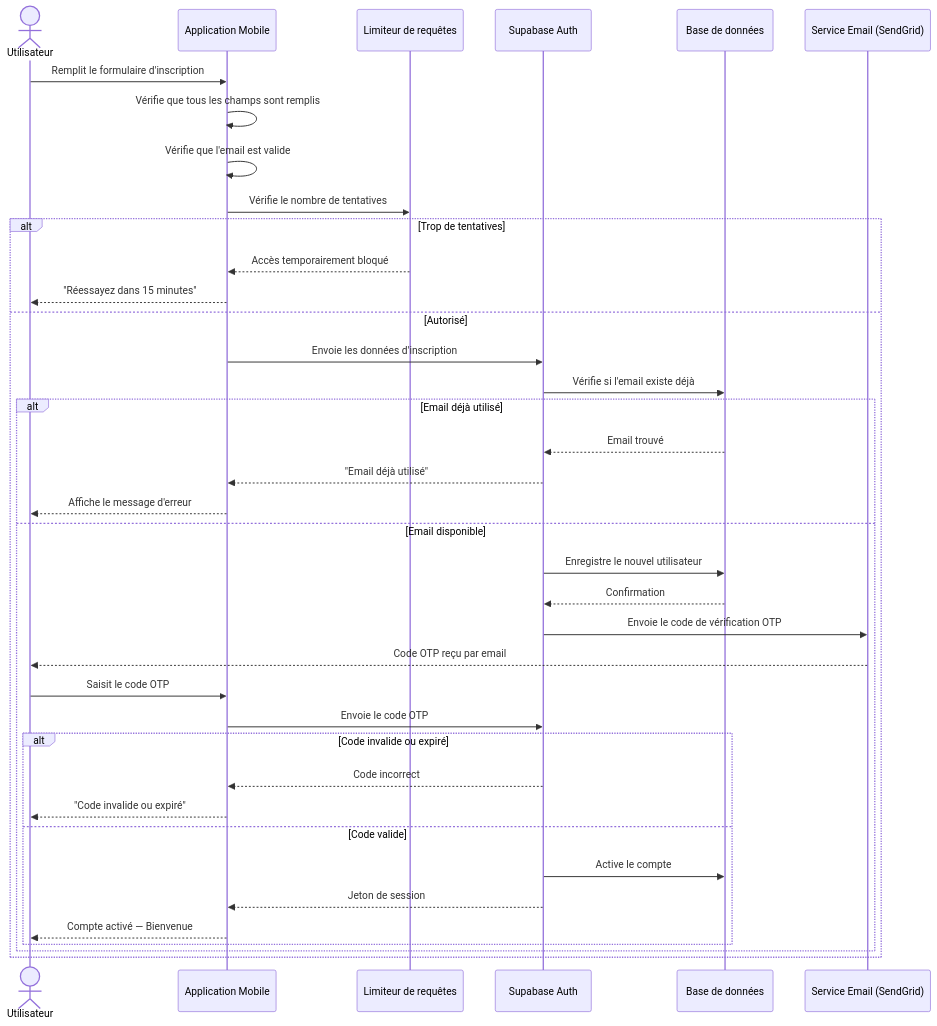
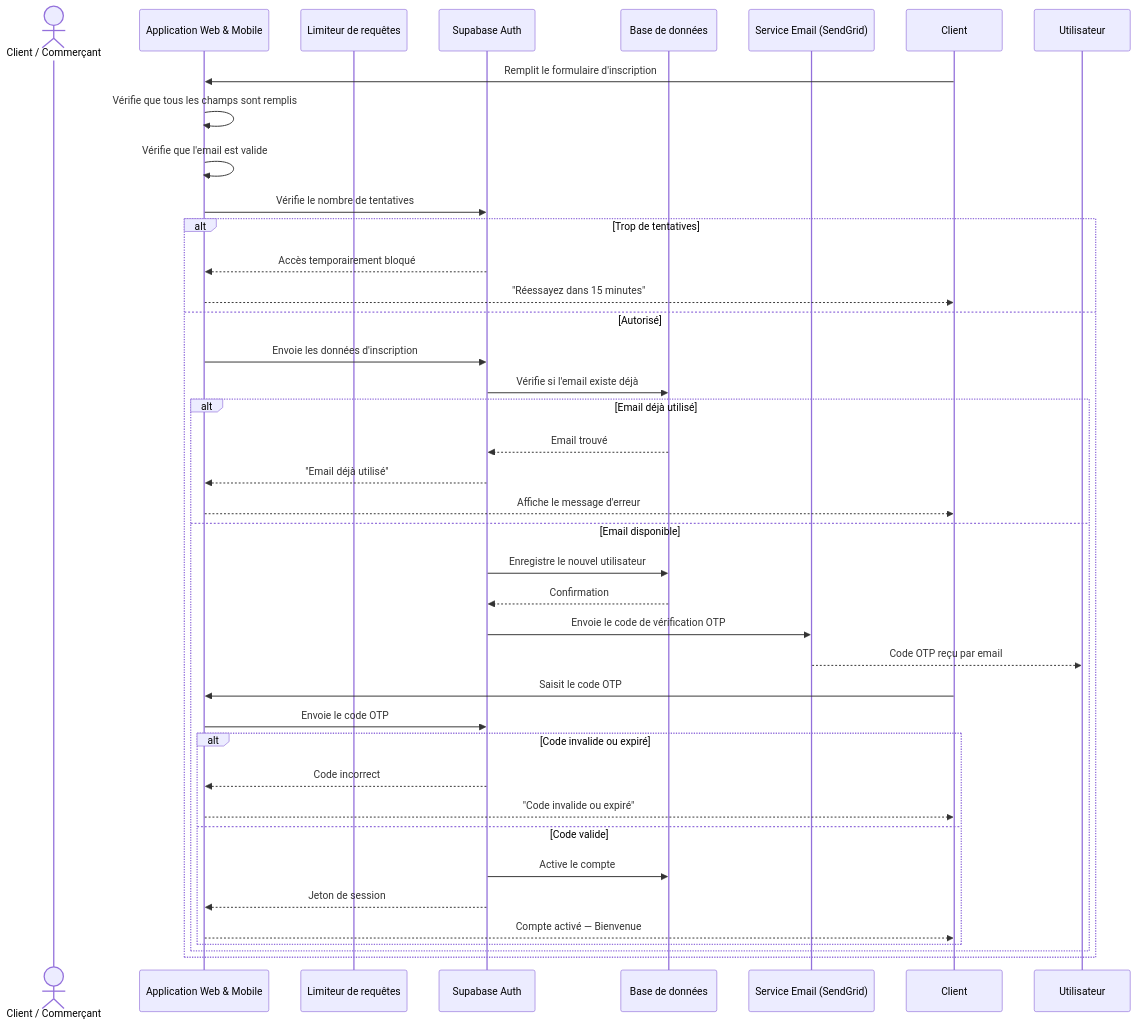
Before and after one commit to Abderrahmen1111/private-PFE-repos: the third of 22 diagrams in CHAPITRE3_CONCEPTION.md, drawn with Mermaid. The commit also changed other lines of this file and 2 other files, not shown here.

Commit message:
docs: adapt sequence diagrams to Web/Mobile apps and Django SaaS Admin

````diff
--- a/CHAPITRE3_CONCEPTION.md
+++ b/CHAPITRE3_CONCEPTION.md
@@ -339,41 +339,41 @@
 ```mermaid
 sequenceDiagram
-    actor Utilisateur
-    participant Application as Application Mobile
+    actor Client / Commerçant
+    participant App as Application Web & Mobile
     participant RateLimiter as Limiteur de requêtes
     participant SupabaseAuth as Supabase Auth
     participant BD as Base de données
     participant Email as Service Email (SendGrid)
 
-    Utilisateur->>Application: Remplit le formulaire d'inscription
-    Application->>Application: Vérifie que tous les champs sont remplis
-    Application->>Application: Vérifie que l'email est valide
-    Application->>RateLimiter: Vérifie le nombre de tentatives
+    Client->>App: Remplit le formulaire d'inscription
+    App->>App: Vérifie que tous les champs sont remplis
+    App->>App: Vérifie que l'email est valide
+    App->>SupabaseAuth: Vérifie le nombre de tentatives
     alt Trop de tentatives
-        RateLimiter-->>Application: Accès temporairement bloqué
-        Application-->>Utilisateur: "Réessayez dans 15 minutes"
+        SupabaseAuth-->>App: Accès temporairement bloqué
+        App-->>Client: "Réessayez dans 15 minutes"
     else Autorisé
-        Application->>SupabaseAuth: Envoie les données d'inscription
+        App->>SupabaseAuth: Envoie les données d'inscription
         SupabaseAuth->>BD: Vérifie si l'email existe déjà
         alt Email déjà utilisé
             BD-->>SupabaseAuth: Email trouvé
-            SupabaseAuth-->>Application: "Email déjà utilisé"
-            Application-->>Utilisateur: Affiche le message d'erreur
+            SupabaseAuth-->>App: "Email déjà utilisé"
+            App-->>Client: Affiche le message d'erreur
         else Email disponible
             SupabaseAuth->>BD: Enregistre le nouvel utilisateur
             BD-->>SupabaseAuth: Confirmation
             SupabaseAuth->>Email: Envoie le code de vérification OTP
             Email-->>Utilisateur: Code OTP reçu par email
-            Utilisateur->>Application: Saisit le code OTP
-            Application->>SupabaseAuth: Envoie le code OTP
+            Client->>App: Saisit le code OTP
+            App->>SupabaseAuth: Envoie le code OTP
             alt Code invalide ou expiré
-                SupabaseAuth-->>Application: Code incorrect
-                Application-->>Utilisateur: "Code invalide ou expiré"
+                SupabaseAuth-->>App: Code incorrect
+                App-->>Client: "Code invalide ou expiré"
             else Code valide
                 SupabaseAuth->>BD: Active le compte
-                SupabaseAuth-->>Application: Jeton de session
-                Application-->>Utilisateur: Compte activé — Bienvenue
+                SupabaseAuth-->>App: Jeton de session
+                App-->>Client: Compte activé — Bienvenue
             end
         end
     end
 ```
````
